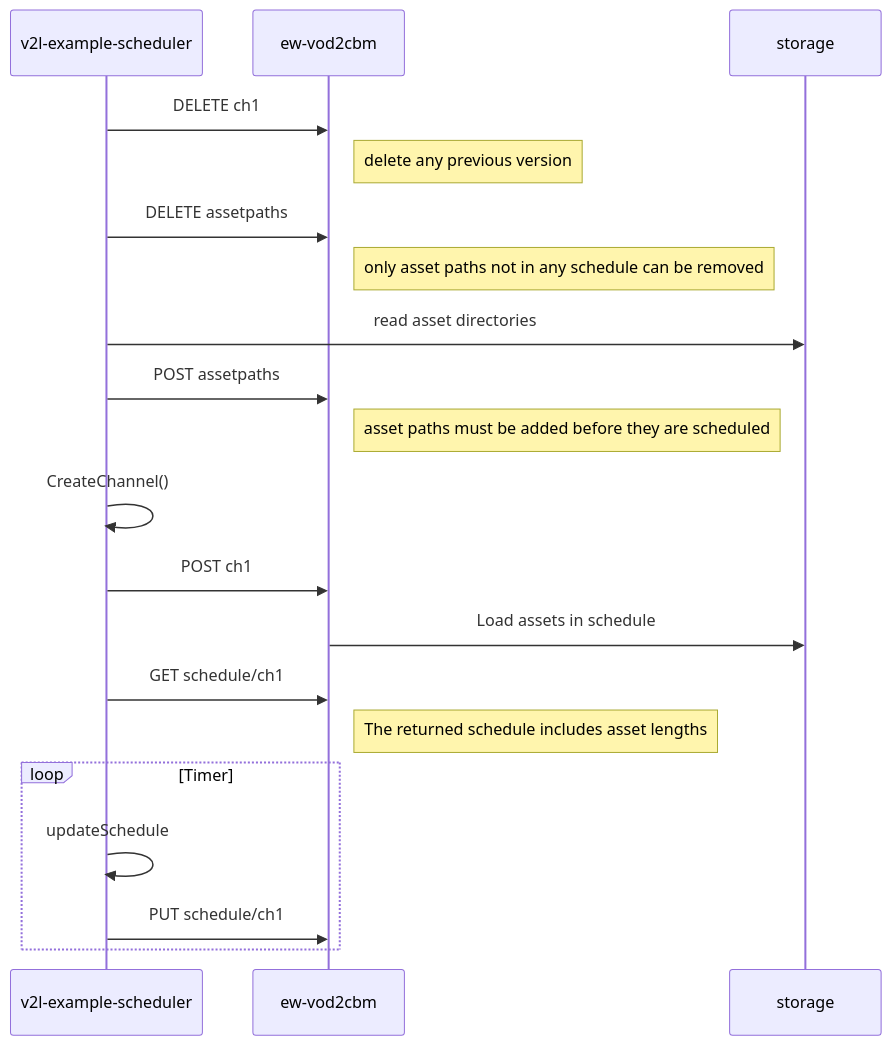
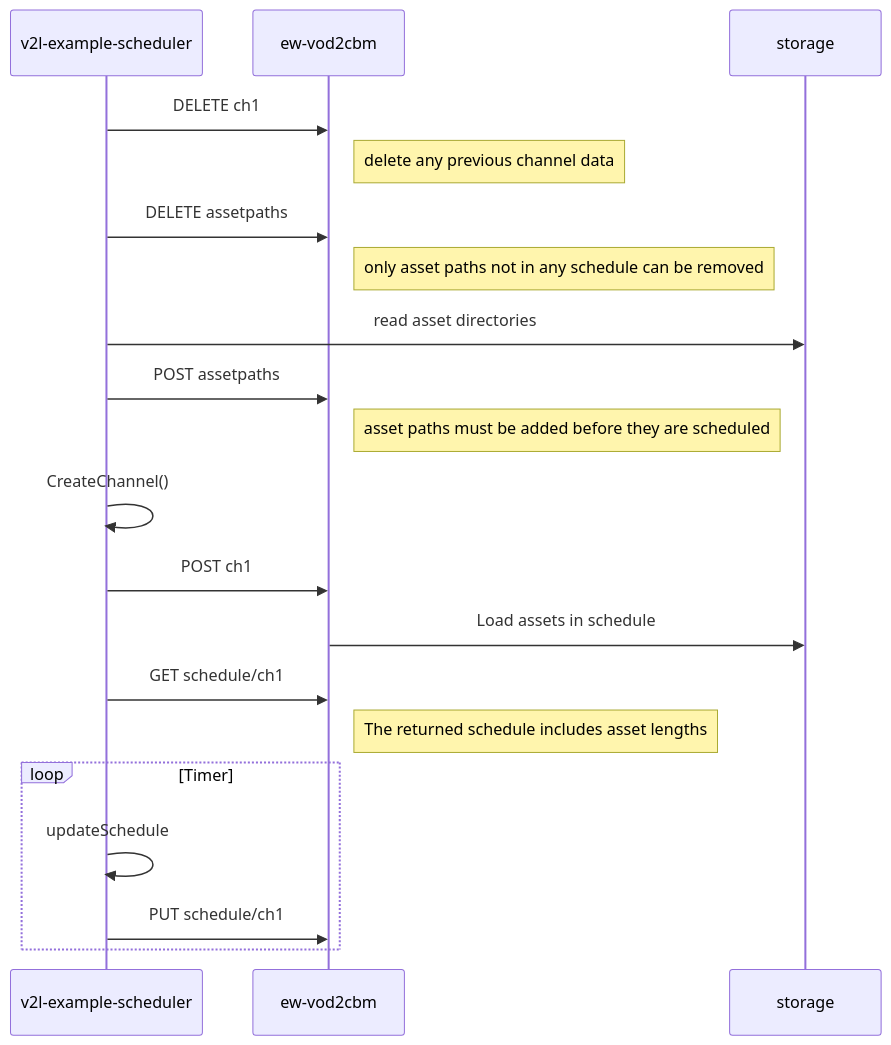
Before and after one commit to edgeware/v2l-example-scheduler: the diagram in README.md, drawn with Mermaid. The commit also changed other lines of this file and 7 other files, not shown here.

````diff
--- a/README.md
+++ b/README.md
@@ -30,22 +38,22 @@
 ```mermaid
 sequenceDiagram
     participant v2ls as v2l-example-scheduler
     participant vod2cbm as ew-vod2cbm
     participant storage
     v2ls->>vod2cbm: DELETE ch1
-    Note right of vod2cbm: delete any previous version
+    Note right of vod2cbm: delete any previous channel data 
     v2ls->>vod2cbm: DELETE assetpaths
     Note right of vod2cbm: only asset paths not in any schedule can be removed
     v2ls->>storage: read asset directories
     v2ls->>vod2cbm: POST assetpaths
     Note right of vod2cbm: asset paths must be added before they are scheduled
     v2ls->>v2ls: CreateChannel()
     v2ls->>vod2cbm: POST ch1
     vod2cbm->>storage: Load assets in schedule
     v2ls->>vod2cbm: GET schedule/ch1
     Note right of vod2cbm: The returned schedule includes asset lengths
     loop Timer
         v2ls->>v2ls: updateSchedule
         v2ls->>vod2cbm: PUT schedule/ch1
     end
 ```
````
